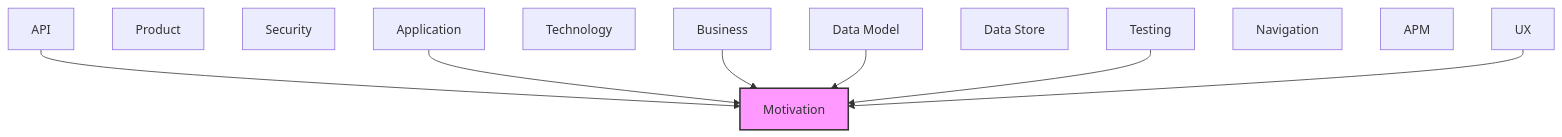
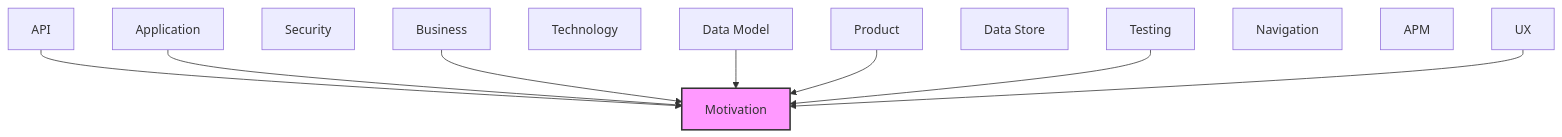
Before and after one commit to tinkermonkey/documentation_robotics_viewer: the second of 2 diagrams in documentation-robotics/reports/01-motivation-layer-report.md, drawn with Mermaid. The commit also changed other lines of this file and 68 other files, not shown here.

````diff
--- a/documentation-robotics/reports/01-motivation-layer-report.md
+++ b/documentation-robotics/reports/01-motivation-layer-report.md
@@ -85,24 +85,25 @@
 ```mermaid
 flowchart TB
   classDef current fill:#f9f,stroke:#333,stroke-width:2px
   motivation["Motivation"]
   business["Business"]
   product["Product"]
   security["Security"]
   application["Application"]
   technology["Technology"]
   api["API"]
   data_model["Data Model"]
   data_store["Data Store"]
   ux["UX"]
   navigation["Navigation"]
   apm["APM"]
   testing["Testing"]
   api --> motivation
   application --> motivation
   business --> motivation
   data_model --> motivation
+  product --> motivation
   testing --> motivation
   ux --> motivation
   class motivation current
 ```
````
